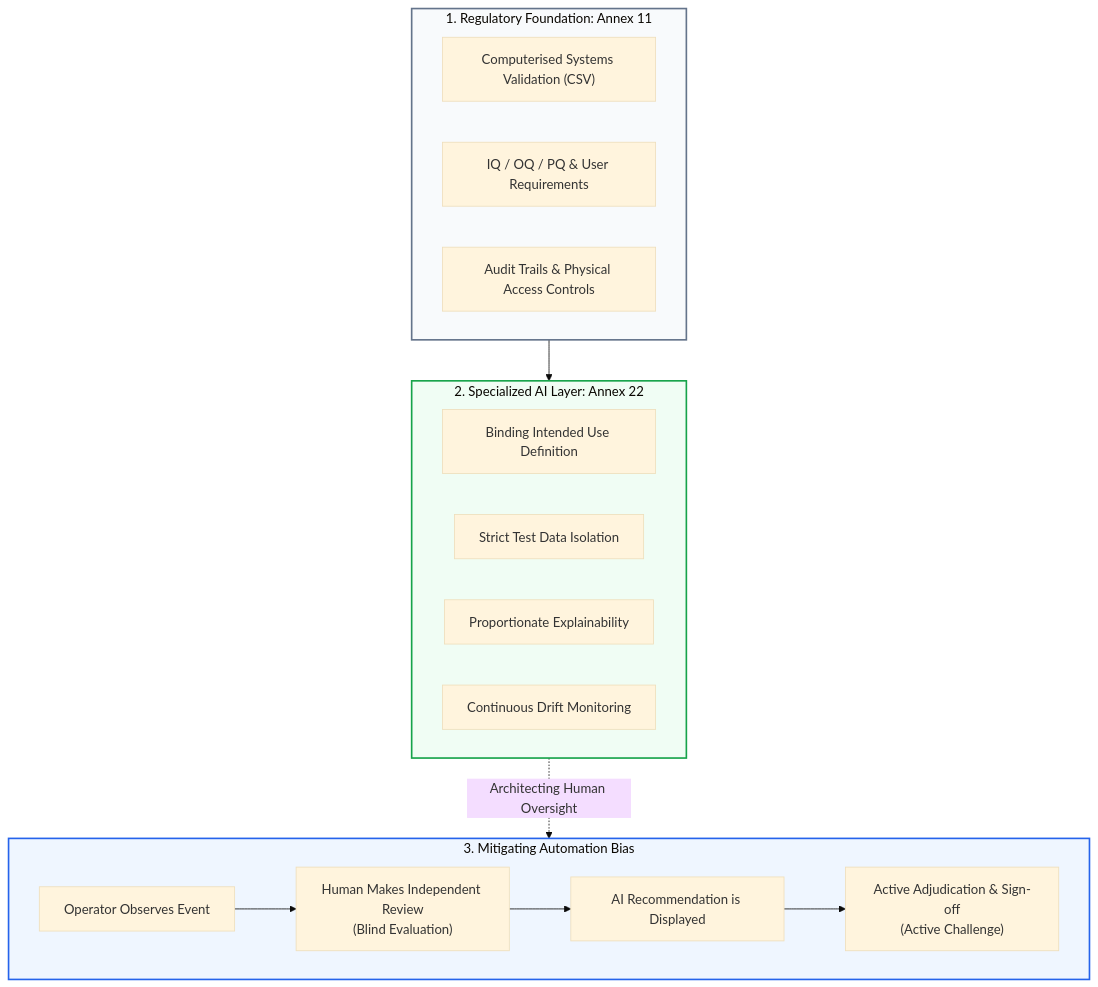
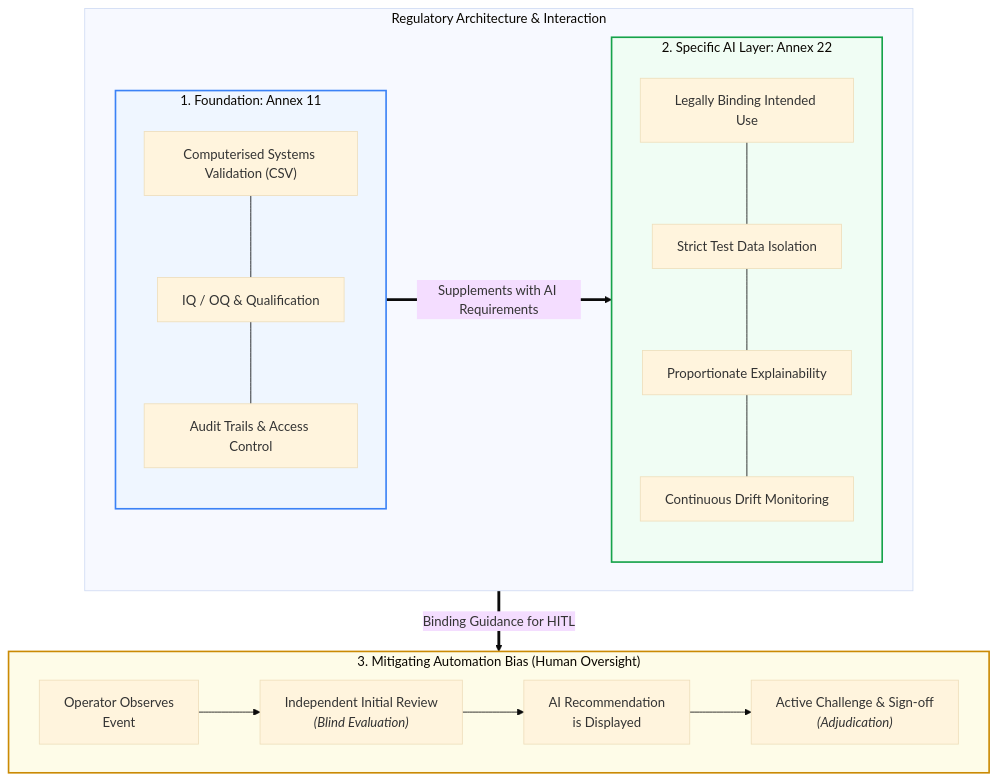
One commit to Lunaman06/Annex22 changed the diagram in docs/en/module_02_overview_annex_22.md. Above: the diagram before and after it, drawn with Mermaid (base theme). The commit also changed other lines of this file and 29 other files, not shown here.

Commit message:
style(docs): optimize mermaid diagram aspect ratios, edge flows and legibility across all DE and EN modules

````diff
--- a/docs/en/module_02_overview_annex_22.md
+++ b/docs/en/module_02_overview_annex_22.md
@@ -20,28 +20,37 @@
 ```mermaid
-graph TD
-    subgraph Foundation["1. Regulatory Foundation: Annex 11"]
-        F1["Computerised Systems Validation (CSV)"]
-        F2["IQ / OQ / PQ & User Requirements"]
-        F3["Audit Trails & Physical Access Controls"]
+flowchart TD
+    subgraph RegArchitecture["Regulatory Architecture & Interaction"]
+        direction LR
+        subgraph Foundation["1. Foundation: Annex 11"]
+            direction TB
+            F1["Computerised Systems Validation (CSV)"]
+            F2["IQ / OQ & Qualification"]
+            F3["Audit Trails & Access Control"]
+            F1 --- F2 --- F3
+        end
+
+        subgraph Annex22["2. Specific AI Layer: Annex 22"]
+            direction TB
+            A1["Legally Binding Intended Use"]
+            A2["Strict Test Data Isolation"]
+            A3["Proportionate Explainability"]
+            A4["Continuous Drift Monitoring"]
+            A1 --- A2 --- A3 --- A4
+        end
+
+        Foundation ==>|"Supplements with AI Requirements"| Annex22
     end
 
-    subgraph Annex22["2. Specialized AI Layer: Annex 22"]
-        A1["Binding Intended Use Definition"]
-        A2["Strict Test Data Isolation"]
-        A3["Proportionate Explainability"]
-        A4["Continuous Drift Monitoring"]
+    subgraph ChallengeLoop["3. Mitigating Automation Bias (Human Oversight)"]
+        direction LR
+        C1["Operator Observes<br/>Event"] --> C2["Independent Initial Review<br/><i>(Blind Evaluation)</i>"]
+        C2 --> C3["AI Recommendation<br/>is Displayed"]
+        C3 --> C4["Active Challenge & Sign-off<br/><i>(Adjudication)</i>"]
     end
 
-    subgraph ChallengeLoop["3. Mitigating Automation Bias"]
-        C1["Operator Observes Event"] --> C2["Human Makes Independent Review<br/>(Blind Evaluation)"]
-        C2 --> C3["AI Recommendation is Displayed"]
-        C3 --> C4["Active Adjudication & Sign-off<br/>(Active Challenge)"]
-    end
+    RegArchitecture ==>|"Binding Guidance for HITL"| ChallengeLoop
 
-    Foundation --> Annex22
-    Annex22 -. "Architecting Human Oversight" .-> ChallengeLoop
-
-    style Foundation fill:#f8fafc,stroke:#64748b,stroke-width:2px
+    style Foundation fill:#eff6ff,stroke:#3b82f6,stroke-width:2px
     style Annex22 fill:#f0fdf4,stroke:#16a34a,stroke-width:2px
-    style ChallengeLoop fill:#eff6ff,stroke:#2563eb,stroke-width:2px
+    style ChallengeLoop fill:#fefce8,stroke:#ca8a04,stroke-width:2px
 ```
````
